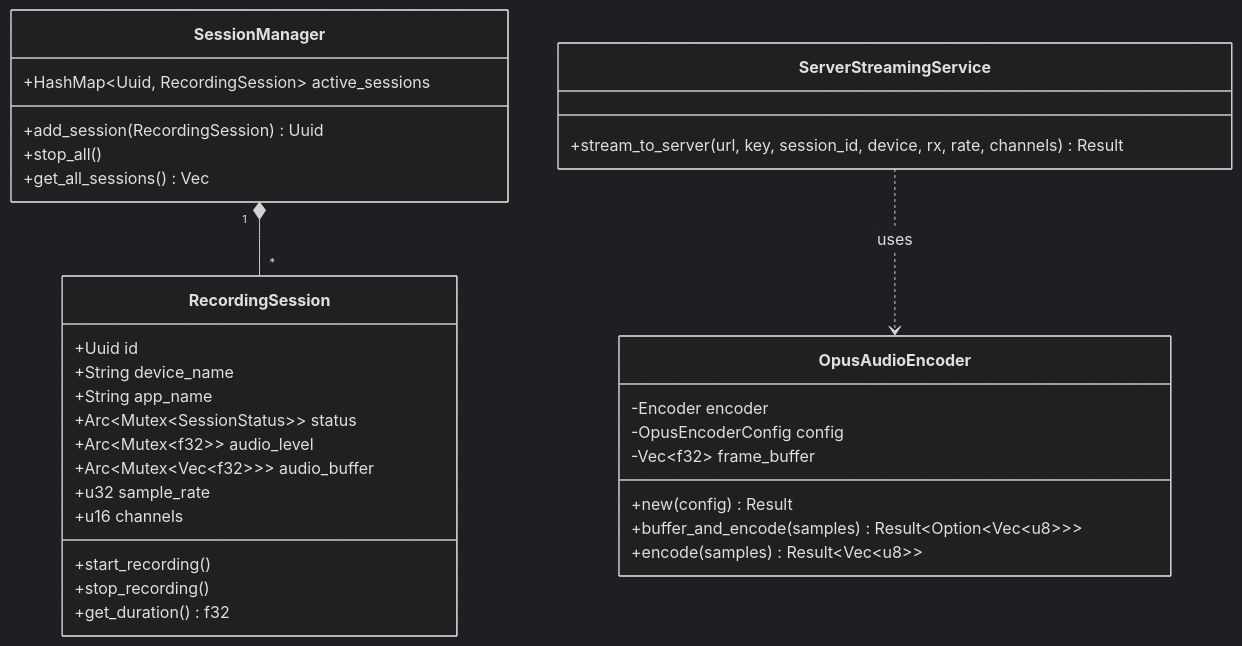
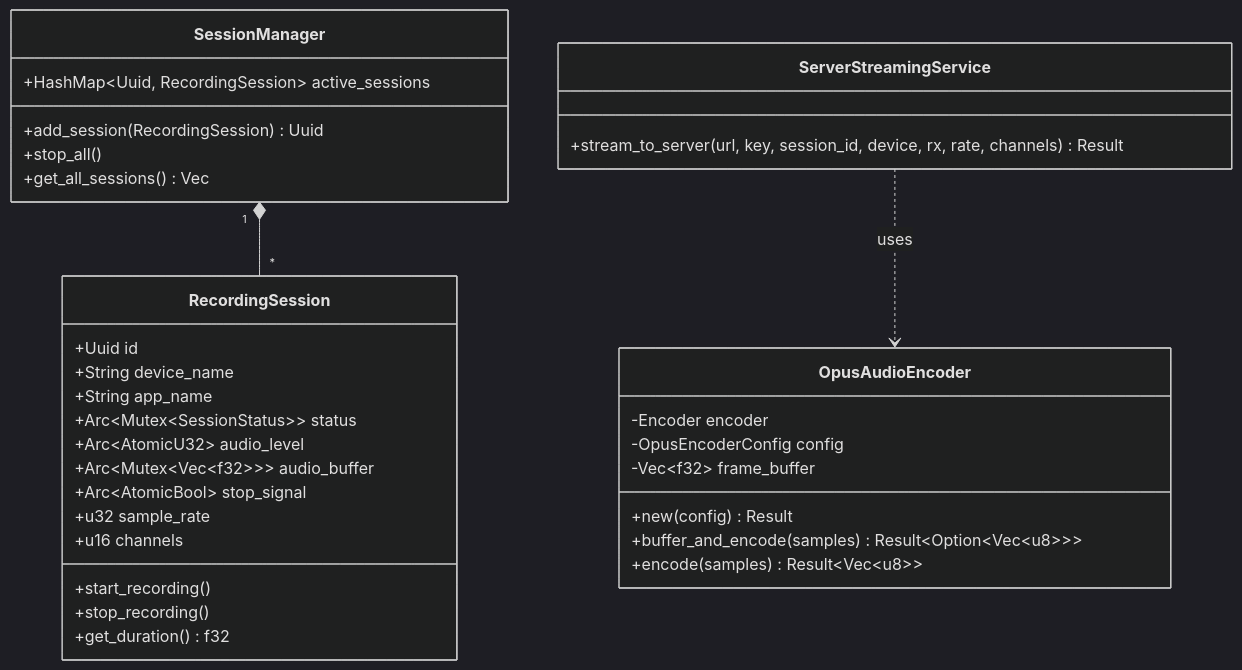
One commit to RekunDzmitry/voice_bird_desktop changed the third of 6 diagrams in DEPENDENCIES.md. Above: the diagram before and after it, drawn with Mermaid (dark theme). The commit also changed other lines of this file and 6 other files, not shown here.

````diff
--- a/DEPENDENCIES.md
+++ b/DEPENDENCIES.md
@@ -148,39 +148,40 @@
 ```mermaid
 classDiagram
     class RecordingSession {
         +Uuid id
         +String device_name
         +String app_name
         +Arc~Mutex~SessionStatus~~ status
-        +Arc~Mutex~f32~~ audio_level
+        +Arc~AtomicU32~ audio_level
         +Arc~Mutex~Vec~f32~~~ audio_buffer
+        +Arc~AtomicBool~ stop_signal
         +u32 sample_rate
         +u16 channels
         +start_recording()
         +stop_recording()
         +get_duration() f32
     }
 
     class SessionManager {
         +HashMap~Uuid, RecordingSession~ active_sessions
         +add_session(RecordingSession) Uuid
         +stop_all()
         +get_all_sessions() Vec
     }
 
     class OpusAudioEncoder {
         -Encoder encoder
         -OpusEncoderConfig config
         -Vec~f32~ frame_buffer
         +new(config) Result
         +buffer_and_encode(samples) Result~Option~Vec~u8~~~
         +encode(samples) Result~Vec~u8~~
     }
 
     class ServerStreamingService {
         +stream_to_server(url, key, session_id, device, rx, rate, channels) Result
     }
 
     SessionManager "1" *-- "*" RecordingSession
     ServerStreamingService ..> OpusAudioEncoder : uses
 ```
````
